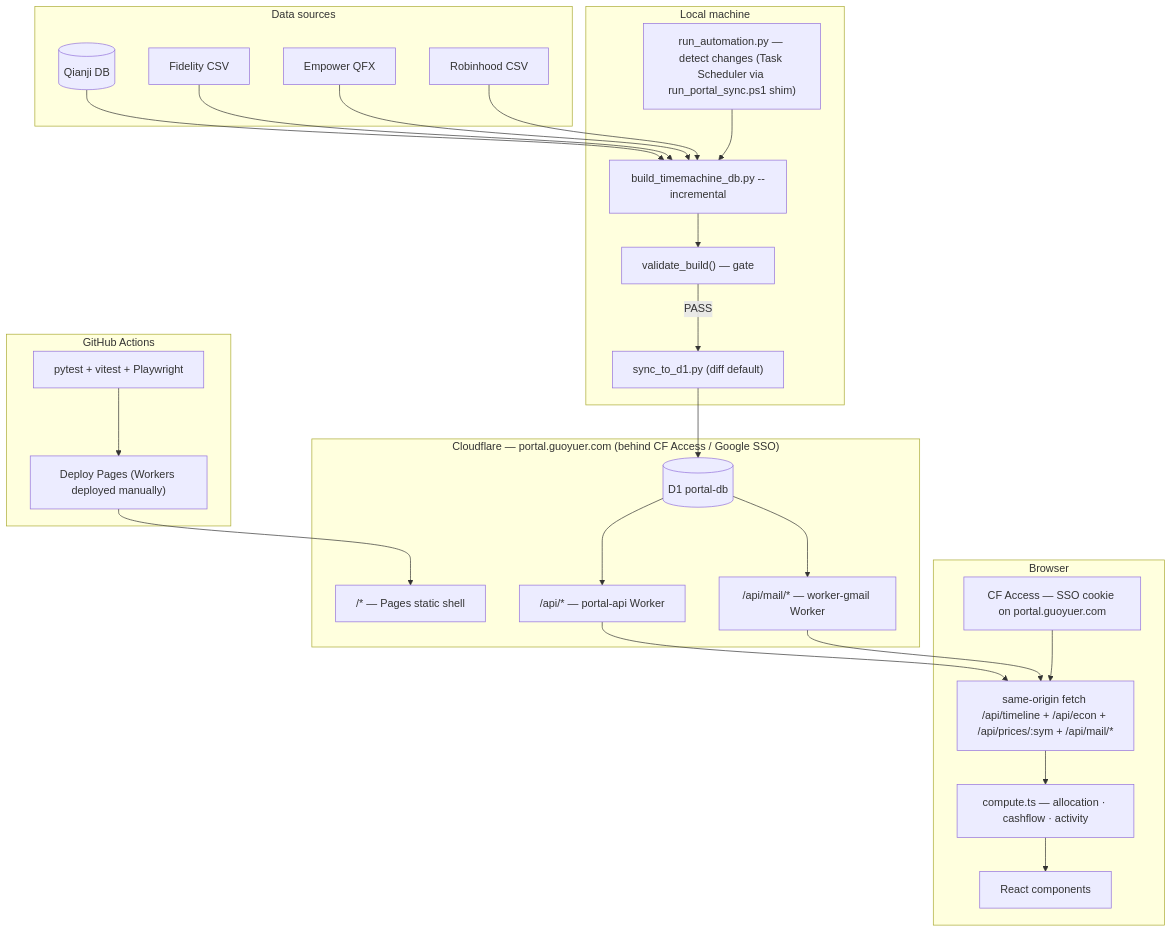
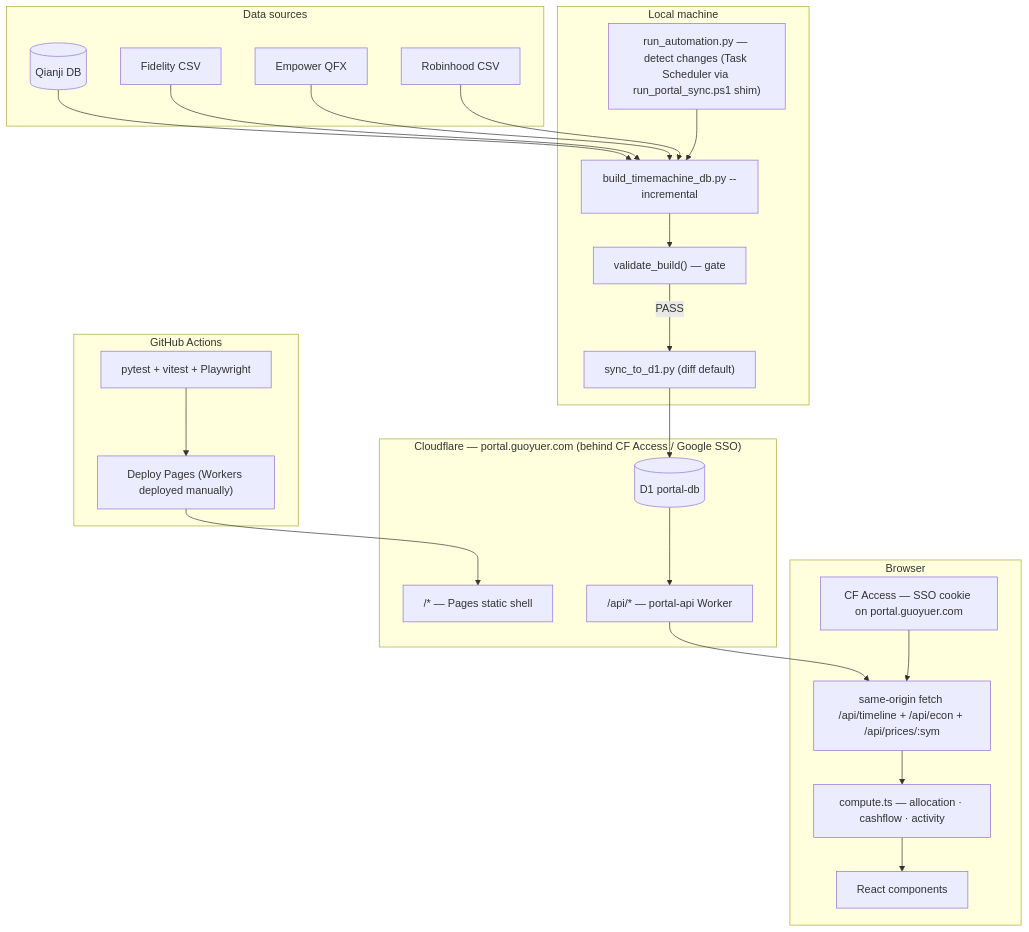
One commit to Guoyuer/portal changed the diagram in docs/ARCHITECTURE.md. Above: the diagram before and after it, drawn with Mermaid. The commit also changed other lines of this file and 46 other files, not shown here.

First line of the commit message:
chore: remove Gmail triage / /mail tab feature

````diff
--- a/docs/ARCHITECTURE.md
+++ b/docs/ARCHITECTURE.md
@@ -7,43 +7,41 @@
 ```mermaid
 graph TB
     subgraph Local["Local machine"]
         DETECT["run_automation.py — detect changes (Task Scheduler via run_portal_sync.ps1 shim)"]
         BUILD["build_timemachine_db.py --incremental"]
         VALIDATE["validate_build() — gate"]
         DIFF["sync_to_d1.py (diff default)"]
     end
 
     subgraph Sources["Data sources"]
         QJ[(Qianji DB)]
         FID[Fidelity CSV]
         QFX[Empower QFX]
         RH[Robinhood CSV]
     end
 
     subgraph Cloud["Cloudflare — portal.guoyuer.com (behind CF Access / Google SSO)"]
         D1[(D1 portal-db)]
         PAGES["/* — Pages static shell"]
         WORKER_API["/api/* — portal-api Worker"]
-        WORKER_MAIL["/api/mail/* — worker-gmail Worker"]
     end
 
     subgraph Frontend["Browser"]
         ACCESS["CF Access — SSO cookie on portal.guoyuer.com"]
-        FETCH["same-origin fetch /api/timeline + /api/econ + /api/prices/:sym + /api/mail/*"]
+        FETCH["same-origin fetch /api/timeline + /api/econ + /api/prices/:sym"]
         COMPUTE["compute.ts — allocation · cashflow · activity"]
         UI["React components"]
     end
 
     subgraph CI["GitHub Actions"]
         TEST["pytest + vitest + Playwright"]
         DEPLOY["Deploy Pages (Workers deployed manually)"]
     end
 
     QJ & FID & QFX & RH --> BUILD
     DETECT --> BUILD --> VALIDATE
     VALIDATE -->|PASS| DIFF --> D1
     D1 --> WORKER_API --> FETCH
-    D1 --> WORKER_MAIL --> FETCH
     ACCESS --> FETCH --> COMPUTE --> UI
     TEST --> DEPLOY --> PAGES
 ```
````
